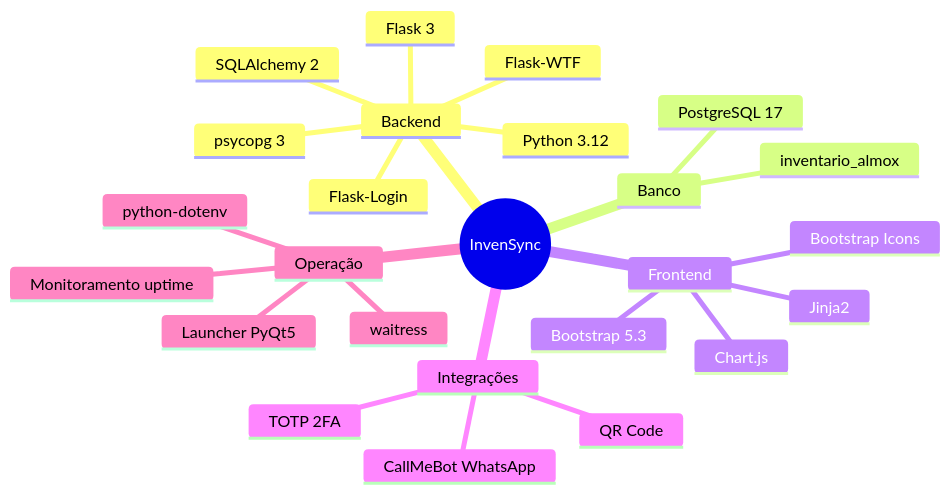
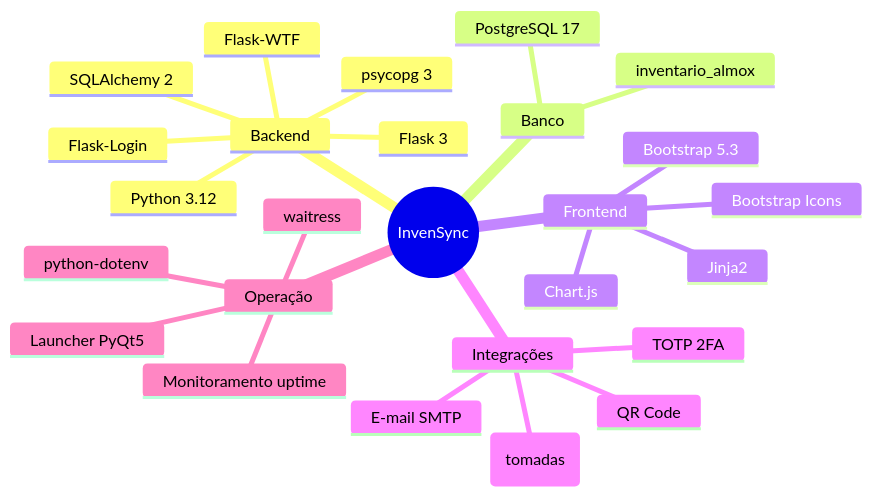
Before and after one commit to nerdGG094/InvenSync: the first of 23 diagrams in docs/DOCUMENTACAO.md, drawn with Mermaid. The commit also changed other lines of this file and 1 other file, not shown here.

First line of the commit message:
docs: remove CallMeBot/WhatsApp e atualiza para o estado atual

````diff
--- a/docs/DOCUMENTACAO.md
+++ b/docs/DOCUMENTACAO.md
@@ -67,28 +68,29 @@
 ```mermaid
 mindmap
   root((InvenSync))
     Backend
       Python 3.12
       Flask 3
       Flask-Login
       Flask-WTF
       SQLAlchemy 2
       psycopg 3
     Banco
       PostgreSQL 17
       inventario_almox
     Frontend
       Jinja2
       Bootstrap 5.3
       Bootstrap Icons
       Chart.js
     Integrações
-      CallMeBot WhatsApp
+      E-mail SMTP
+      Tuya local (tomadas)
       QR Code
       TOTP 2FA
     Operação
       waitress
       Launcher PyQt5
       python-dotenv
       Monitoramento uptime
 ```
````
